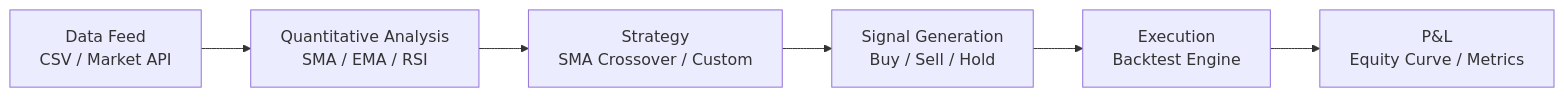
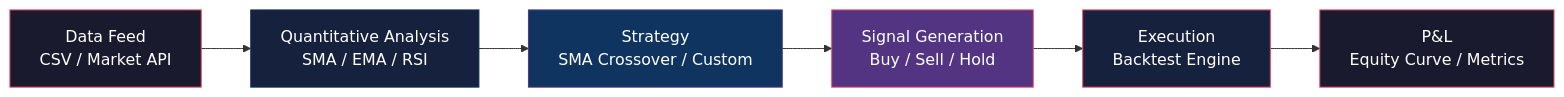
Before and after one commit to anuragpy07/Quantitative-trading-project: the diagram in README.md, drawn with Mermaid. The commit also changed other lines of this file, not shown here.

````diff
--- a/README.md
+++ b/README.md
@@ -126,8 +130,16 @@
 ```mermaid
 flowchart LR
     A[Data Feed\nCSV / Market API] --> B[Quantitative Analysis\nSMA / EMA / RSI]
     B --> C[Strategy\nSMA Crossover / Custom]
     C --> D[Signal Generation\nBuy / Sell / Hold]
     D --> E[Execution\nBacktest Engine]
     E --> F[P&L\nEquity Curve / Metrics]
+
+    style A fill:#1a1a2e,stroke:#e94560,color:#fff
+    style B fill:#16213e,stroke:#0f3460,color:#fff
+    style C fill:#0f3460,stroke:#533483,color:#fff
+    style D fill:#533483,stroke:#e94560,color:#fff
+    style E fill:#16213e,stroke:#e94560,color:#fff
+    style F fill:#1a1a2e,stroke:#e94560,color:#fff
+
 ```
````
